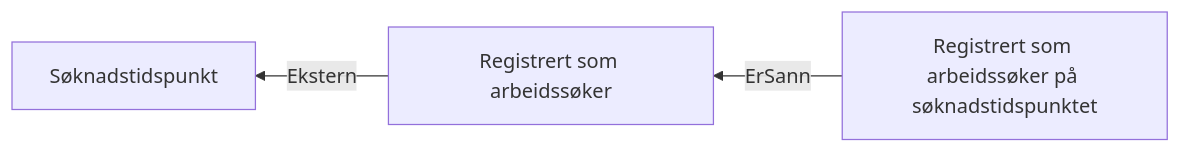
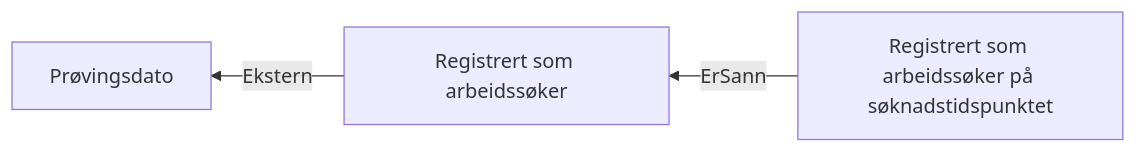
The diagram in docs/regler/§ 4-8. Meldeplikt og møteplikt.approved.md (navikt/dp-vedtak), drawn with Mermaid before and after one commit. The commit also changed 1 other file, not shown here.

Commit message:
Legg til oppdatert dokumentasjon

````diff
--- a/docs/regler/§ 4-8. Meldeplikt og møteplikt.approved.md
+++ b/docs/regler/§ 4-8. Meldeplikt og møteplikt.approved.md
@@ -5,5 +5,5 @@
 ```mermaid
 graph RL
-  A["Registrert som arbeidssøker"] -->|"Ekstern"| B["Søknadstidspunkt"]
+  A["Registrert som arbeidssøker"] -->|"Ekstern"| B["Prøvingsdato"]
   C["Registrert som arbeidssøker på søknadstidspunktet"] -->|"ErSann"| A["Registrert som arbeidssøker"]
 ```
````
